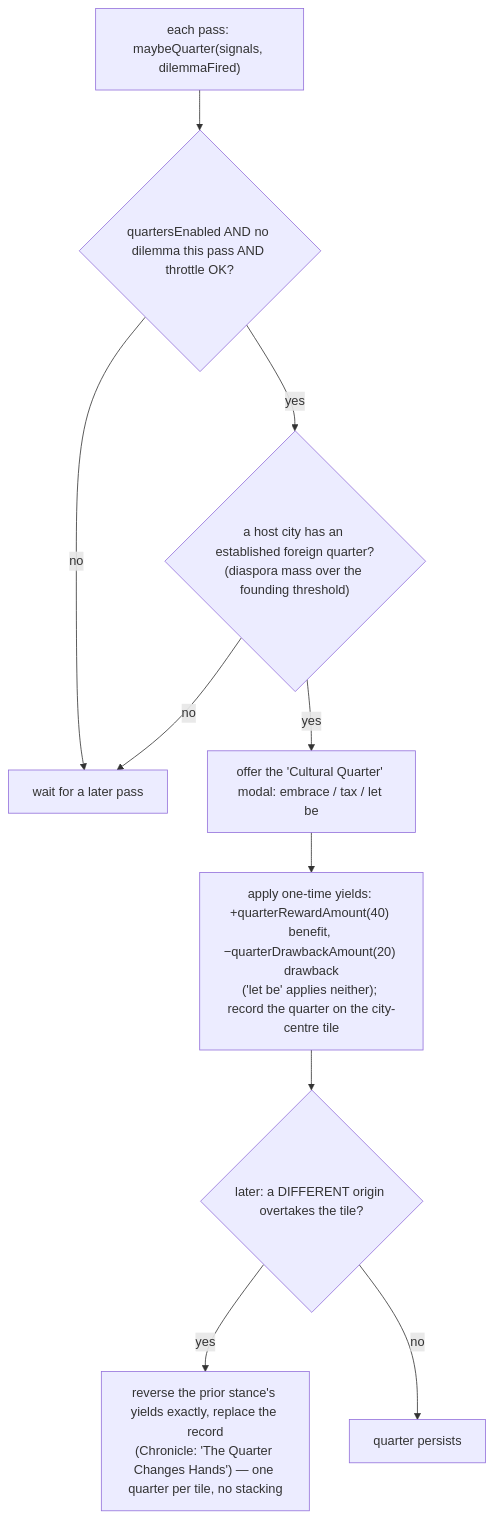
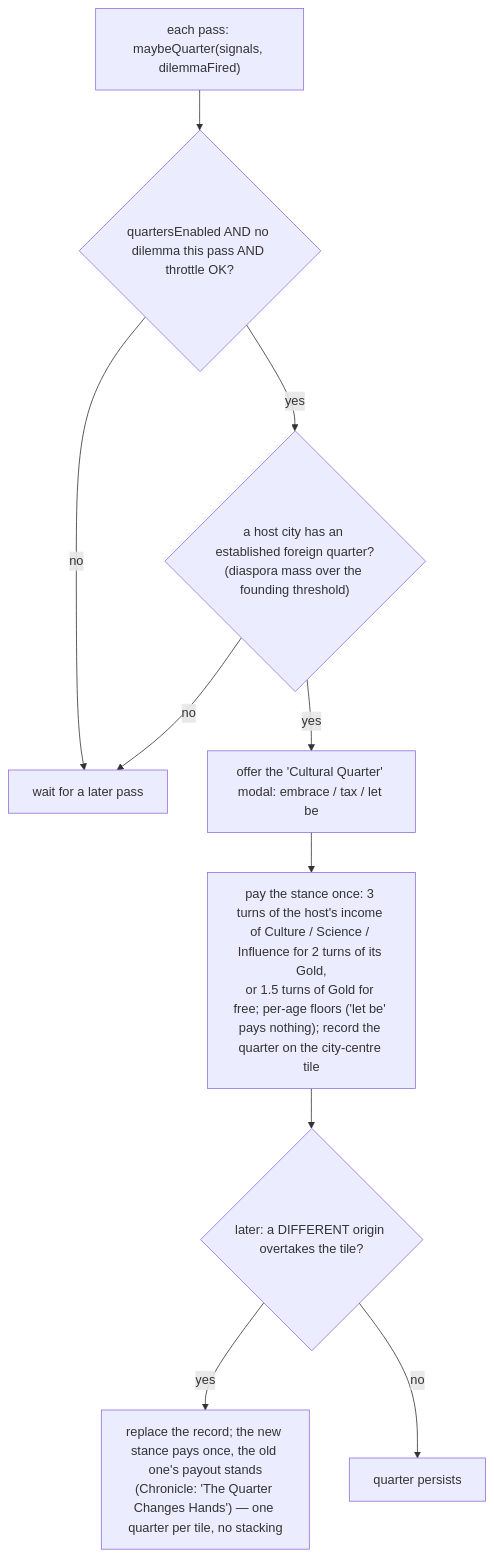
Before and after one commit to tmtmiller1/civilizationvii-emigration: diagram 16 of 23 in docs/migration-scenarios-diagrams.md, drawn with Mermaid. The commit also changed 122 other files, not shown here.

````diff
--- a/docs/migration-scenarios-diagrams.md
+++ b/docs/migration-scenarios-diagrams.md
@@ -339,12 +339,12 @@
 ```mermaid
 flowchart TD
    Q0["each pass: maybeQuarter(signals, dilemmaFired)"] --> QG{"quartersEnabled AND no dilemma this pass AND throttle OK?"}
    QG -->|no| QSKIP["wait for a later pass"]
    QG -->|yes| QE{"a host city has an established foreign quarter?<br/>(diaspora mass over the founding threshold)"}
    QE -->|no| QSKIP
    QE -->|yes| QM["offer the 'Cultural Quarter' modal: embrace / tax / let be"]
-   QM --> QY["apply one-time yields: +quarterRewardAmount(40) benefit, −quarterDrawbackAmount(20) drawback<br/>('let be' applies neither); record the quarter on the city-centre tile"]
+   QM --> QY["pay the stance once: 3 turns of the host's income of Culture / Science / Influence for 2 turns of its Gold,<br/>or 1.5 turns of Gold for free; per-age floors ('let be' pays nothing); record the quarter on the city-centre tile"]
    QY --> QH{"later: a DIFFERENT origin overtakes the tile?"}
-   QH -->|yes| QR["reverse the prior stance's yields exactly, replace the record<br/>(Chronicle: 'The Quarter Changes Hands') — one quarter per tile, no stacking"]
+   QH -->|yes| QR["replace the record; the new stance pays once, the old one's payout stands<br/>(Chronicle: 'The Quarter Changes Hands') — one quarter per tile, no stacking"]
    QH -->|no| QHOLD["quarter persists"]
 ```
````
